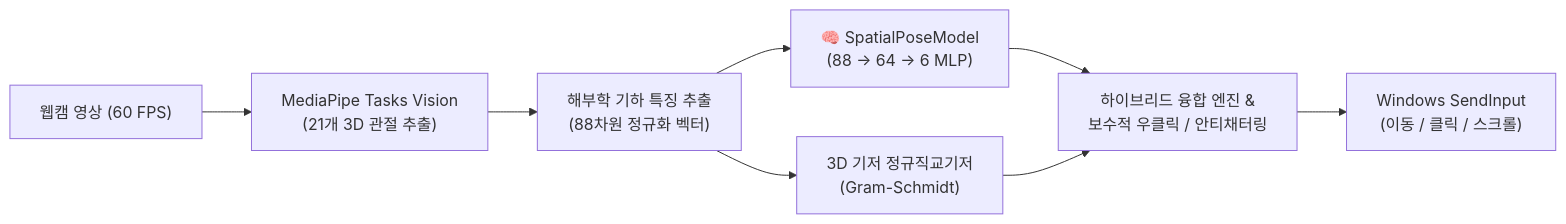
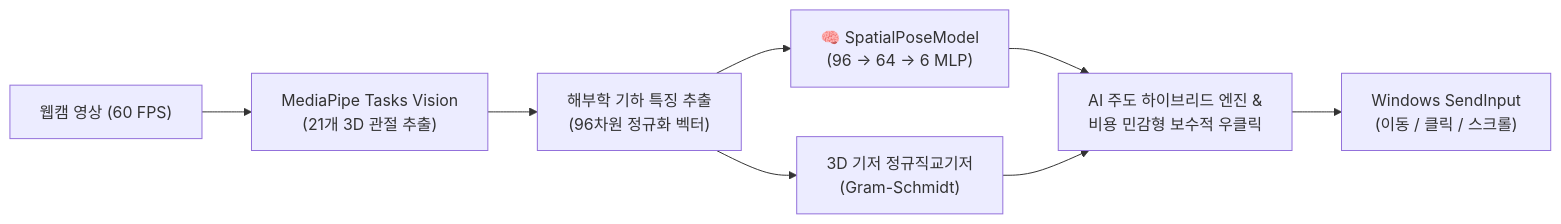
One commit to hwnkue10-arch/manux changed the diagram in README.md. Above: the diagram before and after it, drawn with Mermaid. The commit also changed other lines of this file and 4 other files, not shown here.

````diff
--- a/README.md
+++ b/README.md
@@ -46,10 +46,10 @@
 ```mermaid
 flowchart LR
     A["웹캠 영상 (60 FPS)"] --> B["MediaPipe Tasks Vision<br/>(21개 3D 관절 추출)"]
-    B --> C["해부학 기하 특징 추출<br/>(88차원 정규화 벡터)"]
-    C --> D["🧠 SpatialPoseModel<br/>(88 -> 64 -> 6 MLP)"]
+    B --> C["해부학 기하 특징 추출<br/>(96차원 정규화 벡터)"]
+    C --> D["🧠 SpatialPoseModel<br/>(96 -> 64 -> 6 MLP)"]
     C --> E["3D 기저 정규직교기저<br/>(Gram-Schmidt)"]
-    D --> F["하이브리드 융합 엔진 &<br/>보수적 우클릭 / 안티채터링"]
+    D --> F["AI 주도 하이브리드 엔진 &<br/>비용 민감형 보수적 우클릭"]
     E --> F
     F --> G["Windows SendInput<br/>(이동 / 클릭 / 스크롤)"]
 ```
````
